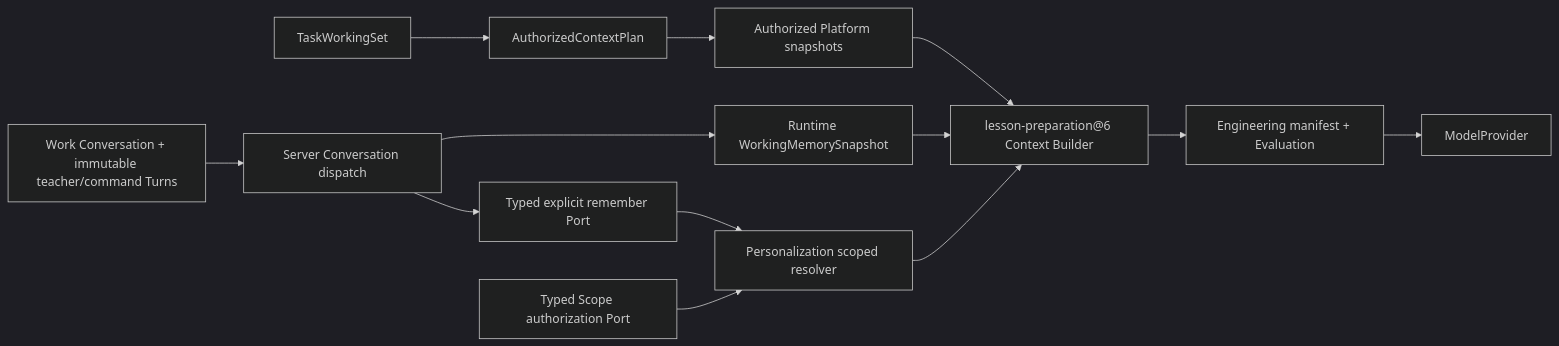
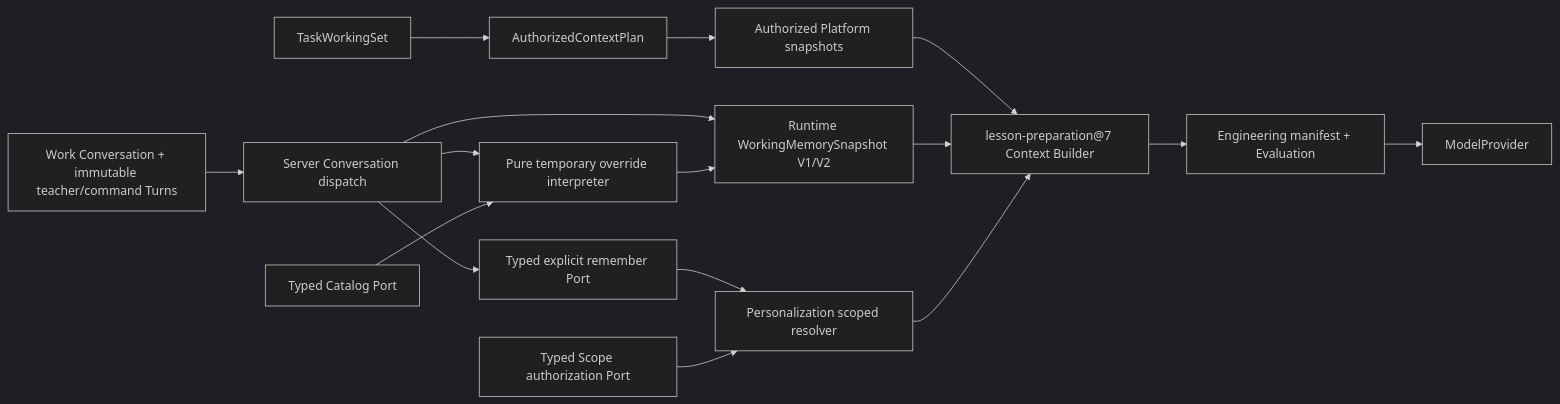
One commit to CrystalDavid/Edu-Agent changed the fourth of 5 diagrams in docs/architecture/README.md. Above: the diagram before and after it, drawn with Mermaid (dark theme). The commit also changed other lines of this file and 9 other files, not shown here.

````diff
--- a/docs/architecture/README.md
+++ b/docs/architecture/README.md
@@ -163,15 +163,18 @@
 ```mermaid
 flowchart LR
     WS["TaskWorkingSet"] --> AUTH["AuthorizedContextPlan"]
     AUTH --> SNAP["Authorized Platform snapshots"]
-    SNAP --> CB["lesson-preparation@6 Context Builder"]
+    SNAP --> CB["lesson-preparation@7 Context Builder"]
     TURN["Work Conversation + immutable teacher/command Turns"] --> DISPATCH["Server Conversation dispatch"]
-    DISPATCH --> WM["Runtime WorkingMemorySnapshot"]
+    DISPATCH --> WM["Runtime WorkingMemorySnapshot V1/V2"]
     DISPATCH --> REMEMBER["Typed explicit remember Port"]
+    DISPATCH --> TEMP["Pure temporary override interpreter"]
+    CATALOG["Typed Catalog Port"] --> TEMP
+    TEMP --> WM
     REMEMBER --> PREF
     WM --> CB
     PREF["Personalization scoped resolver"] --> CB
     AUTHZ["Typed Scope authorization Port"] --> PREF
     CB --> CM["Engineering manifest + Evaluation"]
     CM --> MODEL["ModelProvider"]
 ```
````
